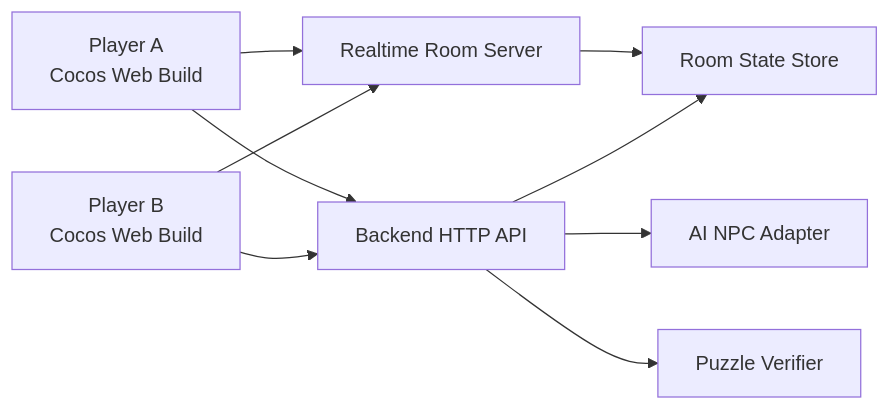
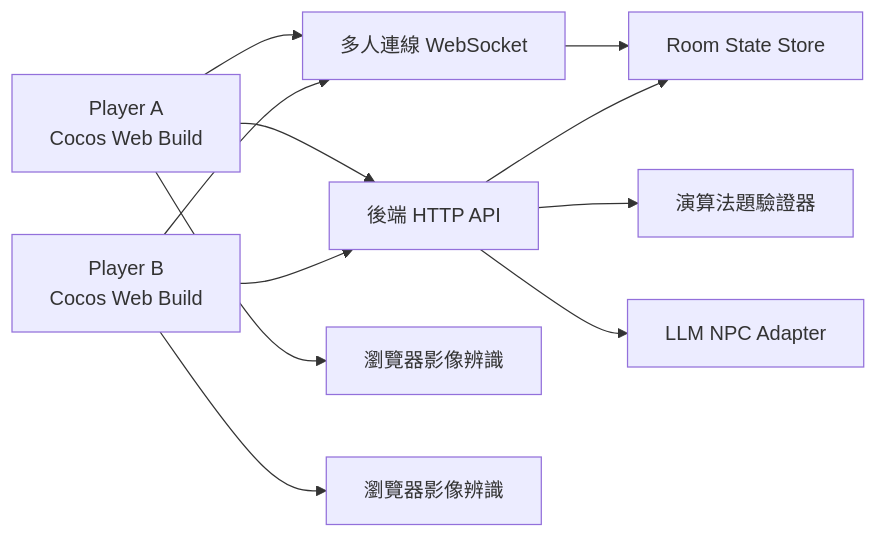
One commit to escape-nthu/escape-nthu changed the diagram in docs/specs/escape-nthu/design.md. Above: the diagram before and after it, drawn with Mermaid. The commit also changed other lines of this file and 7 other files, not shown here.

````diff
--- a/docs/specs/escape-nthu/design.md
+++ b/docs/specs/escape-nthu/design.md
@@ -24,11 +25,13 @@
 ```mermaid
 flowchart LR
-  A["Player A<br/>Cocos Web Build"] --> WS["Realtime Room Server"]
+  A["Player A<br/>Cocos Web Build"] --> WS["多人連線 WebSocket"]
   B["Player B<br/>Cocos Web Build"] --> WS
-  A --> API["Backend HTTP API"]
+  A --> API["後端 HTTP API"]
   B --> API
-  API --> AI["AI NPC Adapter"]
-  API --> Puzzle["Puzzle Verifier"]
+  API --> Puzzle["演算法題驗證器"]
+  API --> LLM["LLM NPC Adapter"]
+  A --> VisionA["瀏覽器影像辨識"]
+  B --> VisionB["瀏覽器影像辨識"]
   WS --> State["Room State Store"]
   API --> State
 ```
````
